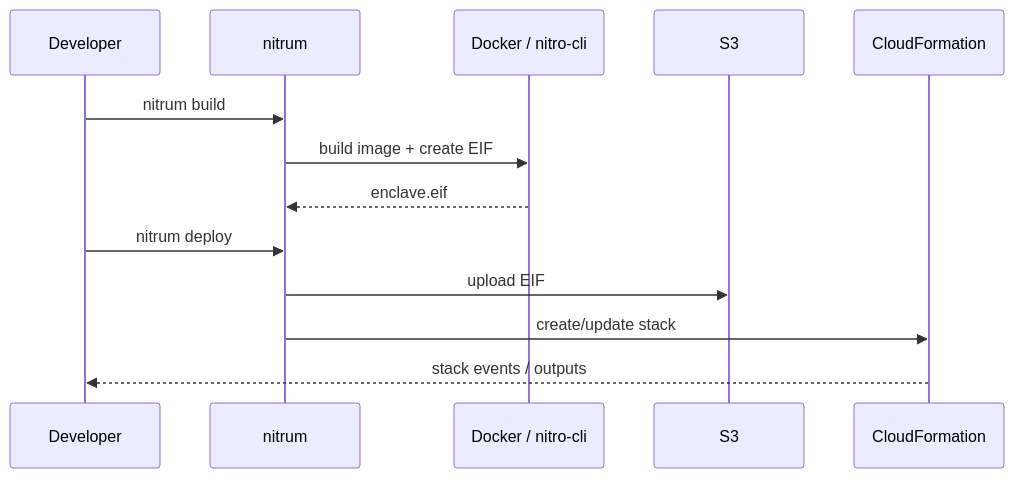
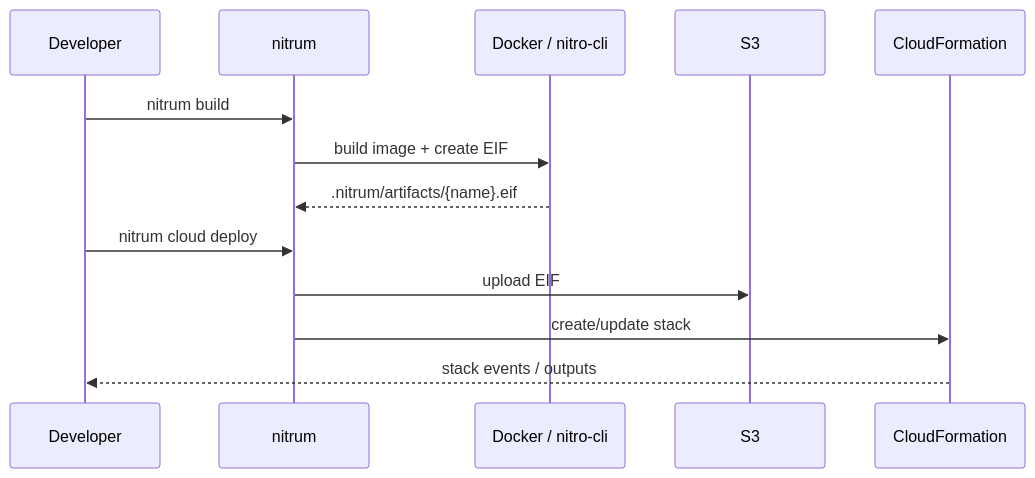
The seventh of 7 diagrams in docs/architecture.md (matzapata/nitrum), drawn with Mermaid before and after one commit. The commit also changed other lines of this file and 25 other files, not shown here.

````diff
--- a/docs/architecture.md
+++ b/docs/architecture.md
@@ -216,17 +216,17 @@
 ```mermaid
 sequenceDiagram
     participant Dev as Developer
     participant CLI as nitrum
     participant Docker as Docker / nitro-cli
     participant S3 as S3
     participant CF as CloudFormation
 
     Dev->>CLI: nitrum build
     CLI->>Docker: build image + create EIF
-    Docker-->>CLI: enclave.eif
+    Docker-->>CLI: .nitrum/artifacts/{name}.eif
 
-    Dev->>CLI: nitrum deploy
+    Dev->>CLI: nitrum cloud deploy
     CLI->>S3: upload EIF
     CLI->>CF: create/update stack
     CF-->>Dev: stack events / outputs
 ```
````
